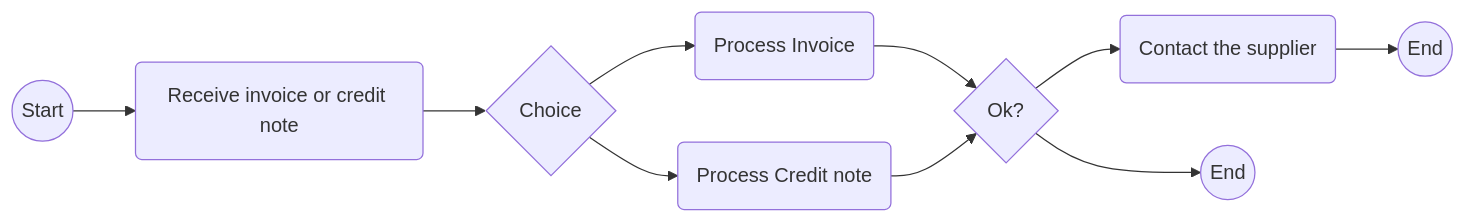
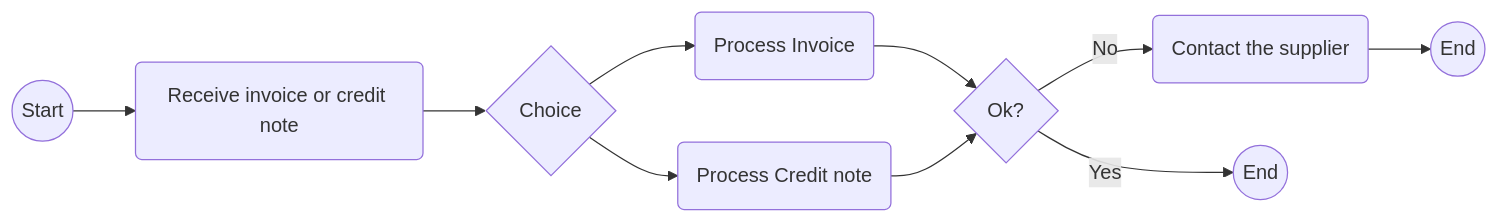
The third of 3 diagrams in Invoice_to_Payment_Process/Invoice_to_Payment_Process.md (peppolautoriteit-nl/Invoice-Processes-Draft), drawn with Mermaid before and after one commit.

Commit message:
Updated diagram choice link for invoice response

````diff
--- a/Invoice_to_Payment_Process/Invoice_to_Payment_Process.md
+++ b/Invoice_to_Payment_Process/Invoice_to_Payment_Process.md
@@ -91,12 +91,12 @@
 ```mermaid
 graph LR
 	A((Start))-->B(Receive invoice or credit note)
 	B-->C{Choice}
 	C-->D(Process Invoice)
 	C-->E(Process Credit note)
 	D-->F{Ok?}
 	E-->F
-	F-->G(Contact the supplier)
+	F-->|No|G(Contact the supplier)
 	G-->H((End))
-	F-->I((End))
+	F-->|Yes|I((End))
 ```
````
